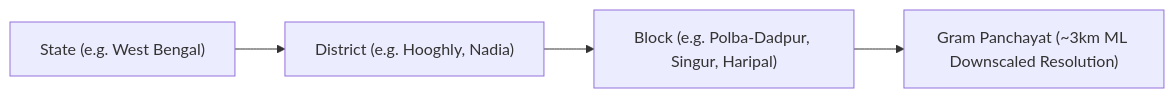
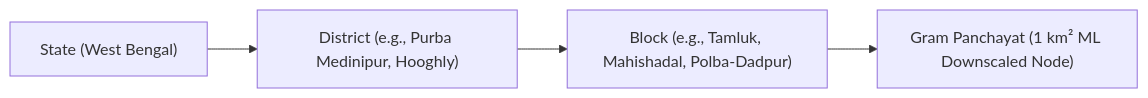
The diagram in README.md (NIRBANMANNA/SIH_PROJECT), drawn with Mermaid before and after one commit. The commit also changed other lines of this file and 37 other files, not shown here.

````diff
--- a/README.md
+++ b/README.md
@@ -38,6 +43,6 @@
 ```mermaid
 graph LR
-    A["State (e.g. West Bengal)"] --> B["District (e.g. Hooghly, Nadia)"]
-    B --> C["Block (e.g. Polba-Dadpur, Singur, Haripal)"]
-    C --> D["Gram Panchayat (~3km ML Downscaled Resolution)"]
+    A["State (West Bengal)"] --> B["District (e.g., Purba Medinipur, Hooghly)"]
+    B --> C["Block (e.g., Tamluk, Mahishadal, Polba-Dadpur)"]
+    C --> D["Gram Panchayat (1 km² ML Downscaled Node)"]
 ```
````
